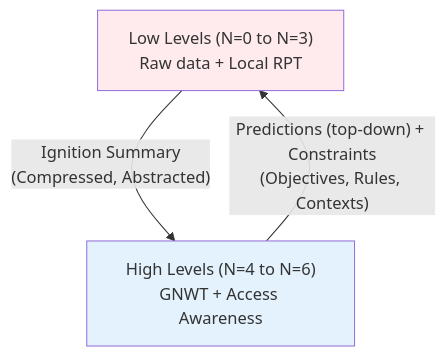
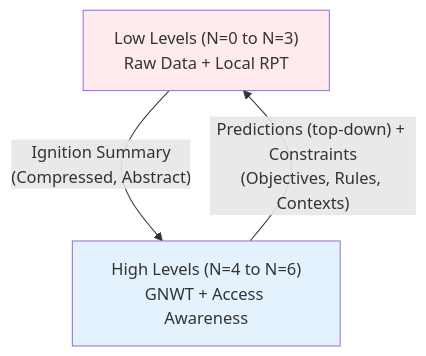
The first of 8 diagrams in architecture/architecture.md (AlainCo/GNWT-Garrigue-X-en), drawn with Mermaid before and after one commit. The commit also changed other lines of this file and 22 other files, not shown here.

````diff
--- a/architecture/architecture.md
+++ b/architecture/architecture.md
@@ -5,12 +5,12 @@
 ```mermaid
 flowchart TD
     direction TB
 
-    Bas["Low Levels (N=0 to N=3)\nRaw data + Local RPT"] 
-    -->|"Ignition Summary\n(Compressed, Abstracted)"| Haut["High Levels (N=4 to N=6)\nGNWT + Access Awareness"]
+    Bas["Low Levels (N=0 to N=3)\nRaw Data + Local RPT"] 
+    -->|"Ignition Summary\n(Compressed, Abstract)"| Haut["High Levels (N=4 to N=6)\nGNWT + Access Awareness"]
 
     Haut -->|"Predictions (top-down) + Constraints\n(Objectives, Rules, Contexts)"| Bas
 
     style Bas fill:#ffebee
     style Haut fill:#e3f2fd
 ```
````
